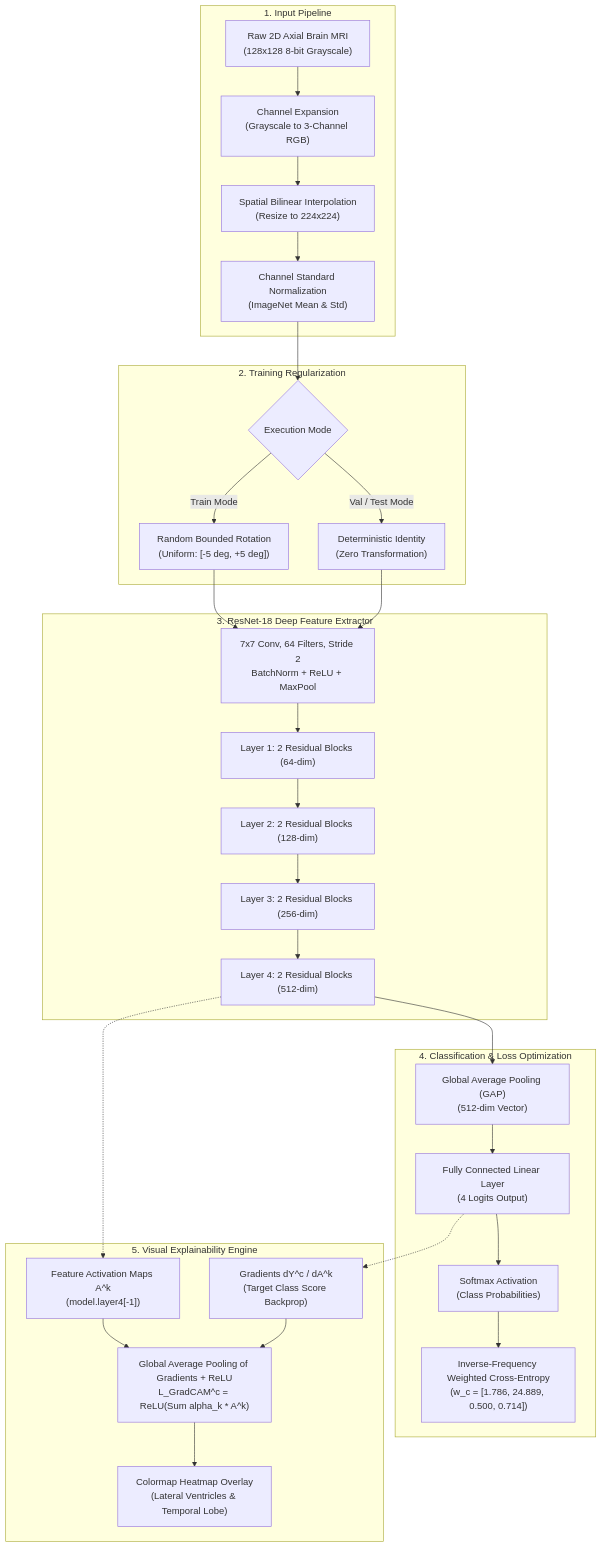
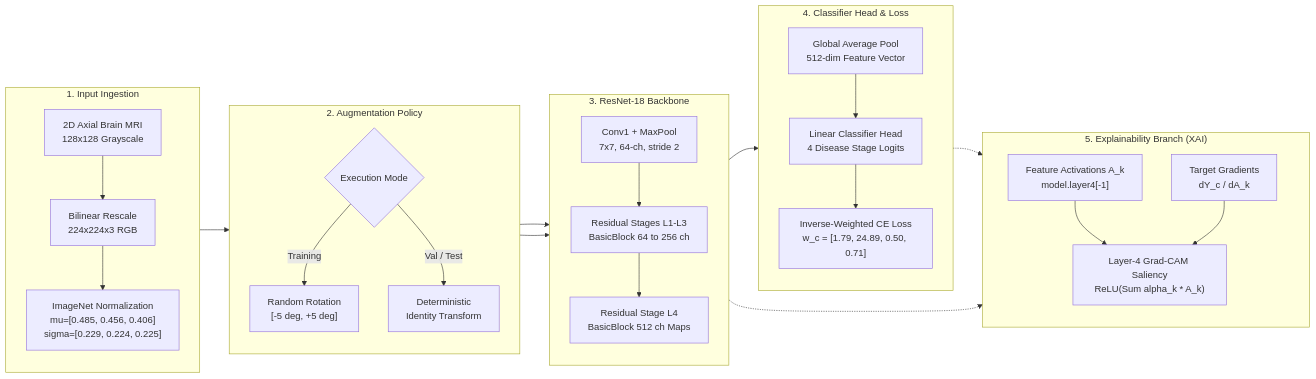
One commit to Photonic-Mouse/BrainX changed the diagram in README.md. Above: the diagram before and after it, drawn with Mermaid. The commit also changed other lines of this file, not shown here.

Commit message:
docs: overhaul README to world-class academic specification with single-view architecture, formulas, and XAI views

````diff
--- a/README.md
+++ b/README.md
@@ -50,37 +63,41 @@
 ```mermaid
-flowchart TD
-    subgraph Input_Stage ["1. Input Pipeline"]
-        Raw["Raw 2D Axial Brain MRI<br/>(128x128 8-bit Grayscale)"] --> ColorConv["Channel Expansion<br/>(Grayscale to 3-Channel RGB)"]
-        ColorConv --> Rescale["Spatial Bilinear Interpolation<br/>(Resize to 224x224)"]
-        Rescale --> Norm["Channel Standard Normalization<br/>(ImageNet Mean & Std)"]
+flowchart LR
+    subgraph P1 ["1. Input Ingestion"]
+        direction TB
+        A["2D Axial Brain MRI<br/>128x128 Grayscale"] --> B["Bilinear Rescale<br/>224x224x3 RGB"]
+        B --> C["ImageNet Normalization<br/>mu=[0.485, 0.456, 0.406]<br/>sigma=[0.229, 0.224, 0.225]"]
     end
 
-    subgraph Aug_Stage ["2. Training Regularization"]
-        Norm --> AugSwitch{"Execution Mode"}
-        AugSwitch -->|"Train Mode"| Rot["Random Bounded Rotation<br/>(Uniform: [-5 deg, +5 deg])"]
-        AugSwitch -->|"Val / Test Mode"| Det["Deterministic Identity<br/>(Zero Transformation)"]
+    subgraph P2 ["2. Augmentation Policy"]
+        direction TB
+        D{"Execution Mode"}
+        D -->|"Training"| E["Random Rotation<br/>[-5 deg, +5 deg]"]
+        D -->|"Val / Test"| F["Deterministic<br/>Identity Transform"]
     end
 
-    subgraph Backbone ["3. ResNet-18 Deep Feature Extractor"]
-        Rot --> Conv1["7x7 Conv, 64 Filters, Stride 2<br/>BatchNorm + ReLU + MaxPool"]
-        Det --> Conv1
-        Conv1 --> L1["Layer 1: 2 Residual Blocks (64-dim)"]
-        L1 --> L2["Layer 2: 2 Residual Blocks (128-dim)"]
-        L2 --> L3["Layer 3: 2 Residual Blocks (256-dim)"]
-        L3 --> L4["Layer 4: 2 Residual Blocks (512-dim)"]
+    subgraph P3 ["3. ResNet-18 Backbone"]
+        direction TB
+        G["Conv1 + MaxPool<br/>7x7, 64-ch, stride 2"] --> H["Residual Stages L1-L3<br/>BasicBlock 64 to 256 ch"]
+        H --> I["Residual Stage L4<br/>BasicBlock 512 ch Maps"]
     end
 
-    subgraph Head ["4. Classification & Loss Optimization"]
-        L4 --> GAP["Global Average Pooling (GAP)<br/>(512-dim Vector)"]
-        GAP --> FC["Fully Connected Linear Layer<br/>(4 Logits Output)"]
-        FC --> Softmax["Softmax Activation<br/>(Class Probabilities)"]
-        Softmax --> Loss["Inverse-Frequency Weighted Cross-Entropy<br/>(w_c = [1.786, 24.889, 0.500, 0.714])"]
+    subgraph P4 ["4. Classifier Head & Loss"]
+        direction TB
+        J["Global Average Pool<br/>512-dim Feature Vector"] --> K["Linear Classifier Head<br/>4 Disease Stage Logits"]
+        K --> L["Inverse-Weighted CE Loss<br/>w_c = [1.79, 24.89, 0.50, 0.71]"]
     end
 
-    subgraph XAI ["5. Visual Explainability Engine"]
-        L4 -.-> ActMap["Feature Activation Maps A^k<br/>(model.layer4[-1])"]
-        FC -.-> Grad["Gradients dY^c / dA^k<br/>(Target Class Score Backprop)"]
-        ActMap & Grad --> GradCAM["Global Average Pooling of Gradients + ReLU<br/>L_GradCAM^c = ReLU(Sum alpha_k * A^k)"]
-        GradCAM --> Overlay["Colormap Heatmap Overlay<br/>(Lateral Ventricles & Temporal Lobe)"]
+    subgraph P5 ["5. Explainability Branch (XAI)"]
+        direction TB
+        M["Feature Activations A_k<br/>model.layer4[-1]"]
+        N["Target Gradients<br/>dY_c / dA_k"]
+        M & N --> O["Layer-4 Grad-CAM Saliency<br/>ReLU(Sum alpha_k * A_k)"]
     end
+
+    C --> D
+    E --> G
+    F --> G
+    I --> J
+    I -.-> M
+    K -.-> N
 ```
````
